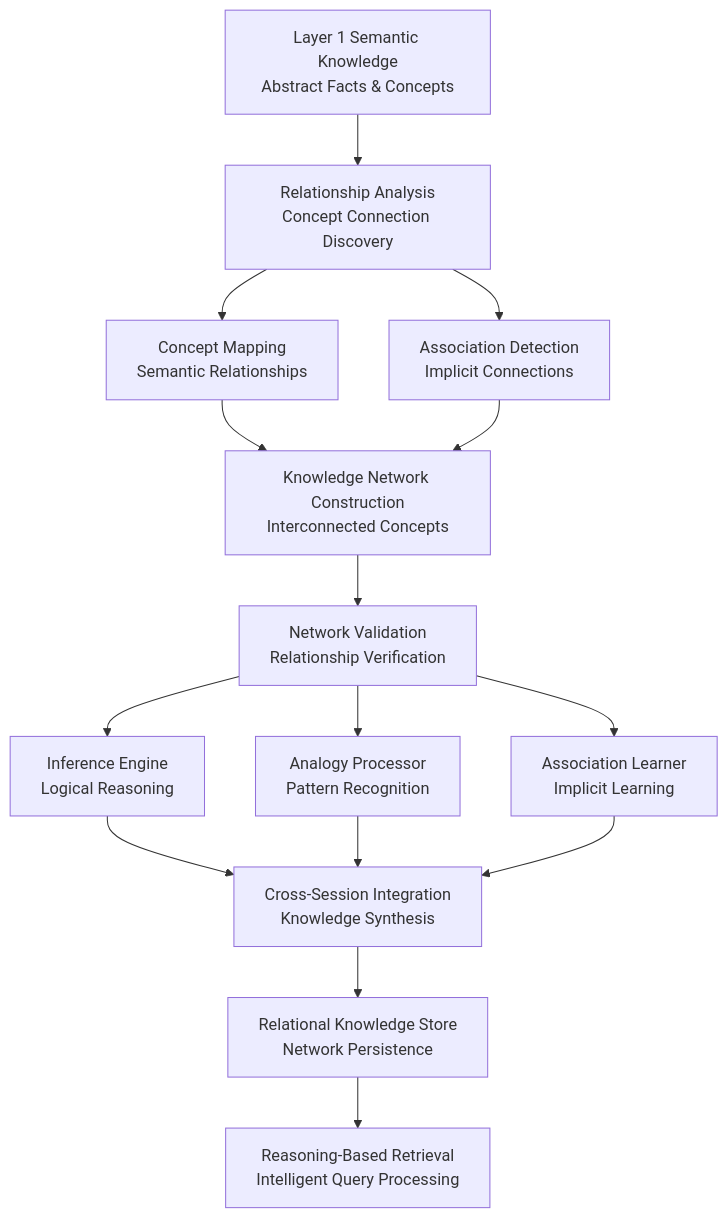
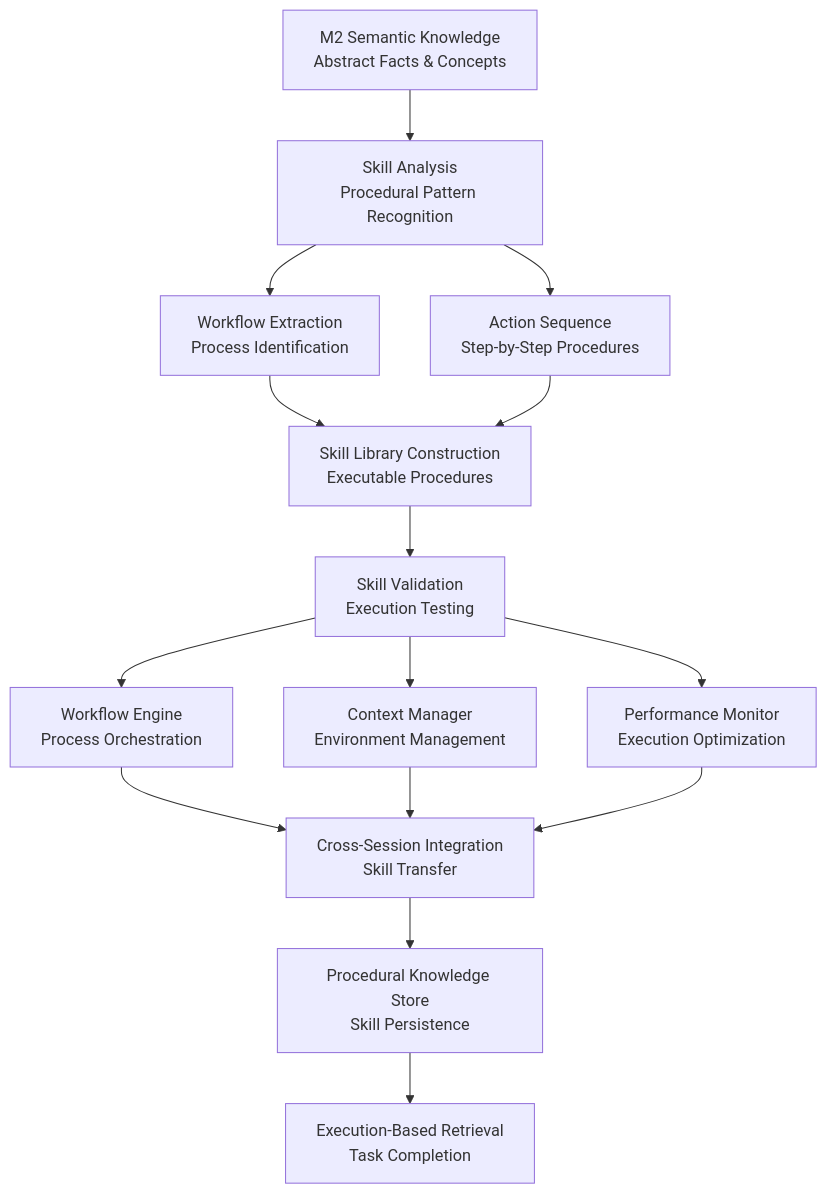
The seventh of 8 diagrams in docs/architecture/memory.md (memfuse/memfuse), drawn with Mermaid before and after one commit. The commit also changed other lines of this file and 17 other files, not shown here.

First line of the commit message:
feat(memory): update memory layer architecture and introduce M3 layer

````diff
--- a/docs/architecture/memory.md
+++ b/docs/architecture/memory.md
@@ -1121,28 +1284,28 @@
 ```mermaid
 graph TD
-    %% Input from Layer 1
-    M1_SEMANTIC[Layer 1 Semantic Knowledge<br/>Abstract Facts & Concepts] --> RELATIONSHIP_ANALYSIS[Relationship Analysis<br/>Concept Connection Discovery]
+    %% Input from M2
+    M2_SEMANTIC[M2 Semantic Knowledge<br/>Abstract Facts & Concepts] --> SKILL_ANALYSIS[Skill Analysis<br/>Procedural Pattern Recognition]
 
-    %% Relationship Modeling
-    RELATIONSHIP_ANALYSIS --> CONCEPT_MAPPING[Concept Mapping<br/>Semantic Relationships]
-    RELATIONSHIP_ANALYSIS --> ASSOCIATION_DETECT[Association Detection<br/>Implicit Connections]
+    %% Skill Modeling
+    SKILL_ANALYSIS --> WORKFLOW_EXTRACTION[Workflow Extraction<br/>Process Identification]
+    SKILL_ANALYSIS --> ACTION_SEQUENCE[Action Sequence<br/>Step-by-Step Procedures]
 
-    %% Network Construction
-    CONCEPT_MAPPING --> KNOWLEDGE_NETWORK[Knowledge Network Construction<br/>Interconnected Concepts]
-    ASSOCIATION_DETECT --> KNOWLEDGE_NETWORK
-    KNOWLEDGE_NETWORK --> NETWORK_VALIDATION[Network Validation<br/>Relationship Verification]
+    %% Skill Construction
+    WORKFLOW_EXTRACTION --> SKILL_LIBRARY[Skill Library Construction<br/>Executable Procedures]
+    ACTION_SEQUENCE --> SKILL_LIBRARY
+    SKILL_LIBRARY --> SKILL_VALIDATION[Skill Validation<br/>Execution Testing]
 
     %% Advanced Processing
-    NETWORK_VALIDATION --> INFERENCE_ENGINE[Inference Engine<br/>Logical Reasoning]
-    NETWORK_VALIDATION --> ANALOGY_PROCESSOR[Analogy Processor<br/>Pattern Recognition]
-    NETWORK_VALIDATION --> ASSOCIATION_LEARNER[Association Learner<br/>Implicit Learning]
+    SKILL_VALIDATION --> WORKFLOW_ENGINE[Workflow Engine<br/>Process Orchestration]
+    SKILL_VALIDATION --> CONTEXT_MANAGER[Context Manager<br/>Environment Management]
+    SKILL_VALIDATION --> PERFORMANCE_MONITOR[Performance Monitor<br/>Execution Optimization]
 
     %% Cross-Session Integration
-    INFERENCE_ENGINE --> CSI[Cross-Session Integration<br/>Knowledge Synthesis]
-    ANALOGY_PROCESSOR --> CSI
-    ASSOCIATION_LEARNER --> CSI
+    WORKFLOW_ENGINE --> CSI[Cross-Session Integration<br/>Skill Transfer]
+    CONTEXT_MANAGER --> CSI
+    PERFORMANCE_MONITOR --> CSI
 
-    %% Storage and Retrieval
-    CSI --> RELATIONAL_STORE[Relational Knowledge Store<br/>Network Persistence]
-    RELATIONAL_STORE --> REASONING_RETRIEVAL[Reasoning-Based Retrieval<br/>Intelligent Query Processing]
+    %% Storage and Execution
+    CSI --> PROCEDURAL_STORE[Procedural Knowledge Store<br/>Skill Persistence]
+    PROCEDURAL_STORE --> EXECUTION_RETRIEVAL[Execution-Based Retrieval<br/>Task Completion]
 ```
````
